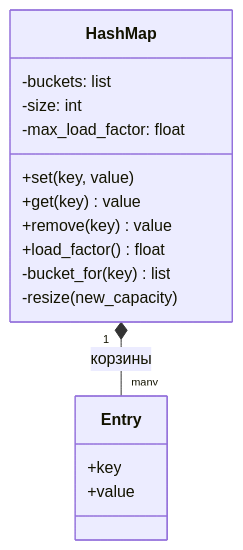
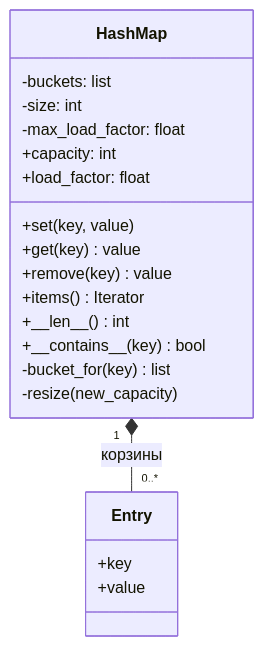
The diagram in src/content/docs/ru/ood/hash-map.mdx (butyavk/system-design), drawn with Mermaid before and after one commit. The commit also changed other lines of this file and 144 other files, not shown here.

````diff
--- a/src/content/docs/ru/ood/hash-map.mdx
+++ b/src/content/docs/ru/ood/hash-map.mdx
@@ -33,19 +33,23 @@
 ```mermaid
 classDiagram
   class HashMap {
     -buckets: list
     -size: int
     -max_load_factor: float
+    +capacity: int
+    +load_factor: float
     +set(key, value)
     +get(key) value
     +remove(key) value
-    +load_factor() float
+    +items() Iterator
+    +\_\_len\_\_() int
+    +\_\_contains\_\_(key) bool
     -bucket_for(key) list
     -resize(new_capacity)
   }
   class Entry {
     +key
     +value
   }
-  HashMap "1" *-- "many" Entry : корзины
+  HashMap "1" *-- "0..*" Entry : корзины
 ```
````
